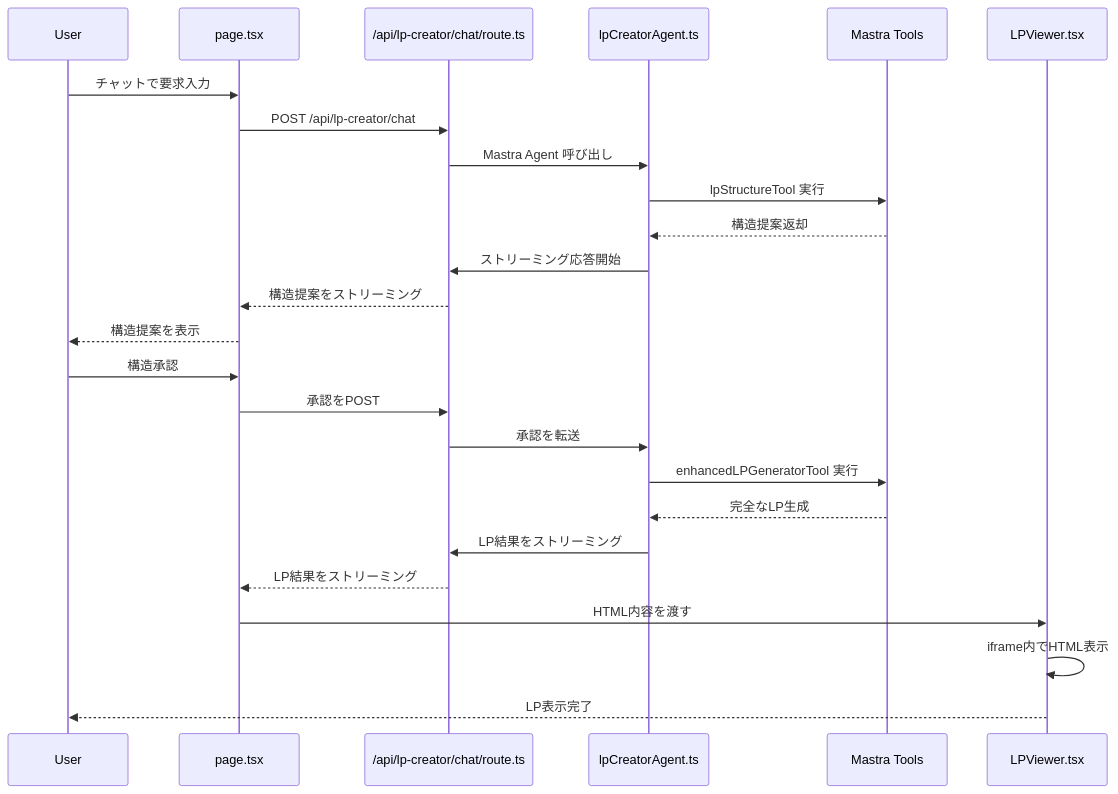
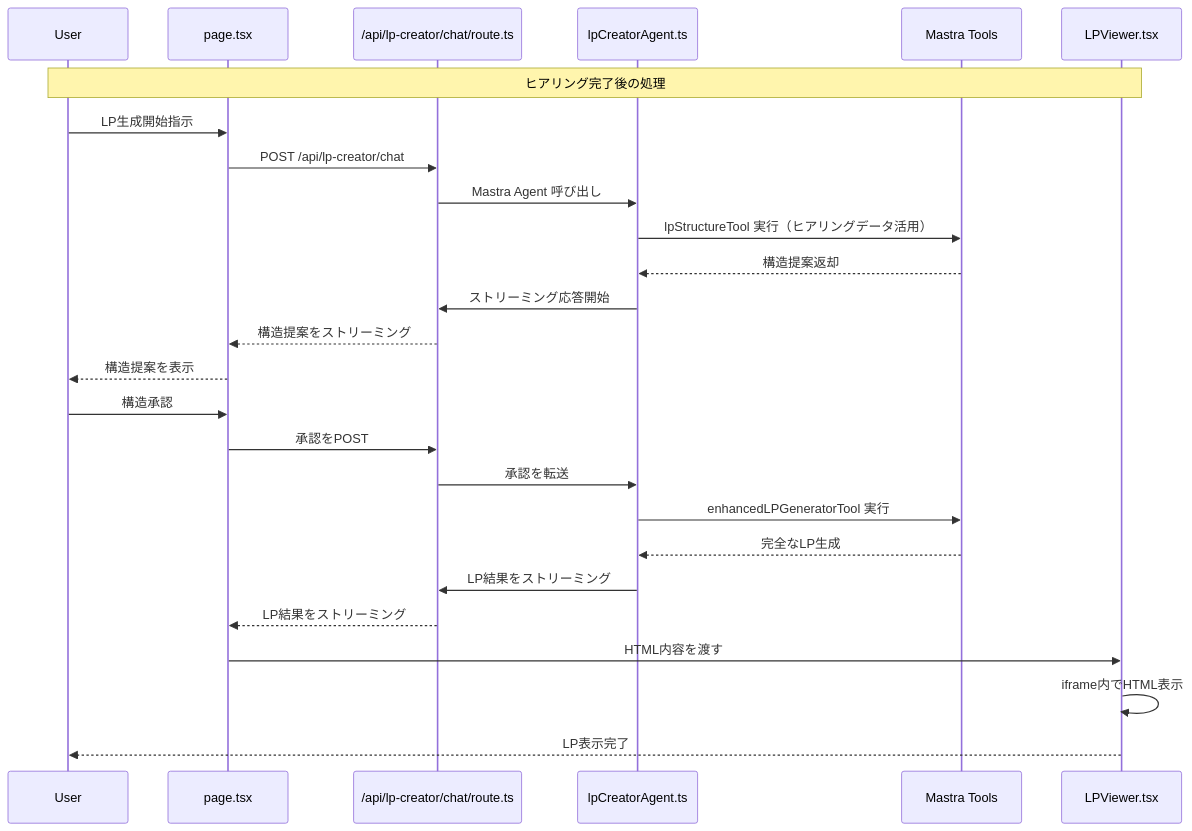
The second of 6 diagrams in docs/PROCESSING_SEQUENCE.md (kamekamek/lp-creator2), drawn with Mermaid before and after one commit. The commit also changed other lines of this file and 72 other files, not shown here.

````diff
--- a/docs/PROCESSING_SEQUENCE.md
+++ b/docs/PROCESSING_SEQUENCE.md
@@ -8,32 +51,34 @@
 ```mermaid
 sequenceDiagram
     participant U as User
     participant UI as page.tsx
     participant API as /api/lp-creator/chat/route.ts
     participant Agent as lpCreatorAgent.ts
     participant Tools as Mastra Tools
     participant Viewer as LPViewer.tsx
 
-    U->>UI: チャットで要求入力
+    Note over U,Viewer: ヒアリング完了後の処理
+    
+    U->>UI: LP生成開始指示
     UI->>API: POST /api/lp-creator/chat
     API->>Agent: Mastra Agent 呼び出し
     
-    Agent->>Tools: lpStructureTool 実行
+    Agent->>Tools: lpStructureTool 実行（ヒアリングデータ活用）
     Tools-->>Agent: 構造提案返却
     Agent->>API: ストリーミング応答開始
     API-->>UI: 構造提案をストリーミング
     UI-->>U: 構造提案を表示
     
     U->>UI: 構造承認
     UI->>API: 承認をPOST
     API->>Agent: 承認を転送
     
     Agent->>Tools: enhancedLPGeneratorTool 実行
     Tools-->>Agent: 完全なLP生成
     Agent->>API: LP結果をストリーミング
     API-->>UI: LP結果をストリーミング
     
     UI->>Viewer: HTML内容を渡す
     Viewer->>Viewer: iframe内でHTML表示
     Viewer-->>U: LP表示完了
 ```
````
